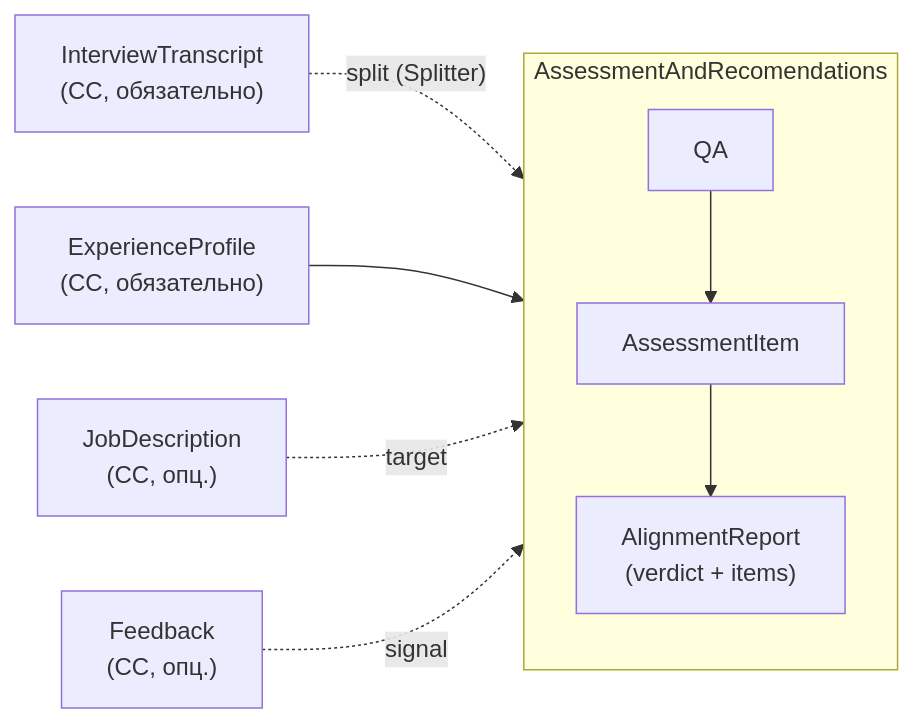
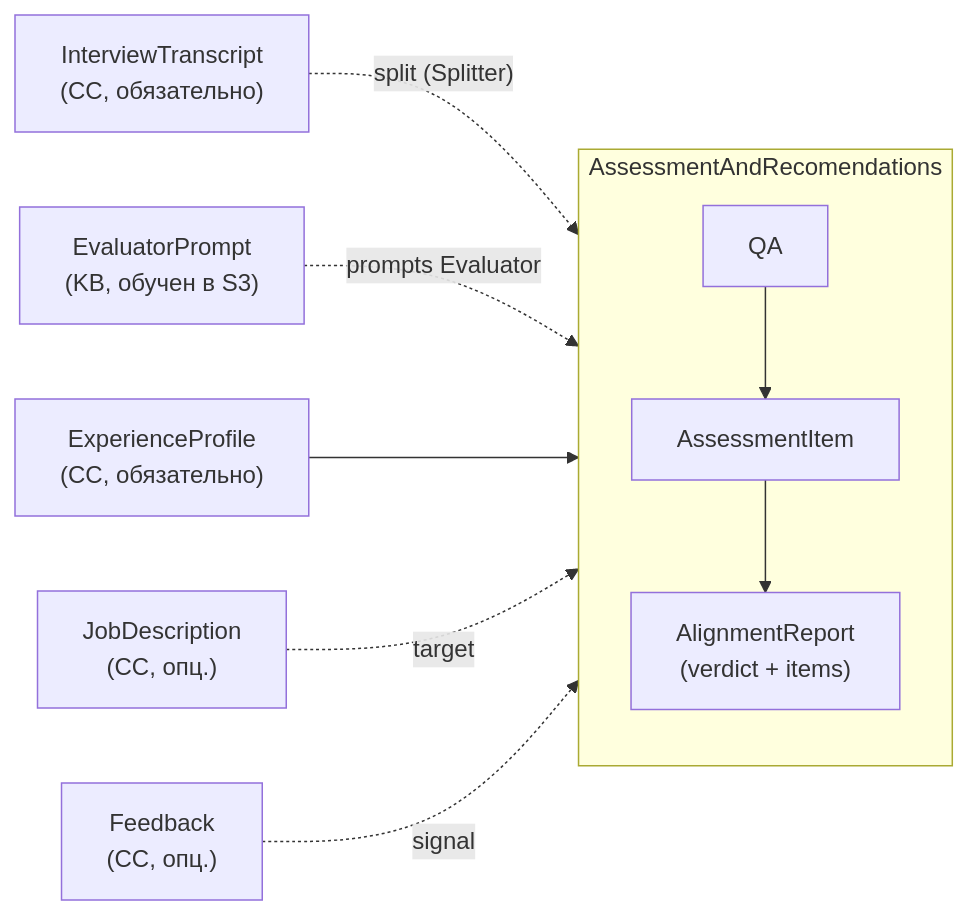
Before and after one commit to margomrkv/interview-debrief-assistant: the third of 4 diagrams in md/spec.md, drawn with Mermaid. The commit also changed other lines of this file and 3 other files, not shown here.

````diff
--- a/md/spec.md
+++ b/md/spec.md
@@ -264,23 +273,25 @@
 ```mermaid
 flowchart LR
     %% Входы (запрашиваются AR'ом)
     CC_T["InterviewTranscript<br/>(CC, обязательно)"]
     CC_J["JobDescription<br/>(CC, опц.)"]
     CC_P["ExperienceProfile<br/>(CC, обязательно)"]
     CC_F["Feedback<br/>(CC, опц.)"]
+    KB_P["EvaluatorPrompt<br/>(KB, обучен в S3)"]
 
     %% Rollup-чейн внутри AR
     subgraph AR["AssessmentAndRecomendations"]
         direction TB
         QA["QA"]
         AI["AssessmentItem"]
         REP["AlignmentReport<br/>(verdict + items)"]
         QA --> AI
         AI --> REP
     end
 
     CC_T -. "split (Splitter)" .-> QA
+    KB_P -. "prompts Evaluator" .-> AI
     CC_P --> REP
     CC_J -. "target" .-> REP
     CC_F -. "signal" .-> REP
 ```
````
